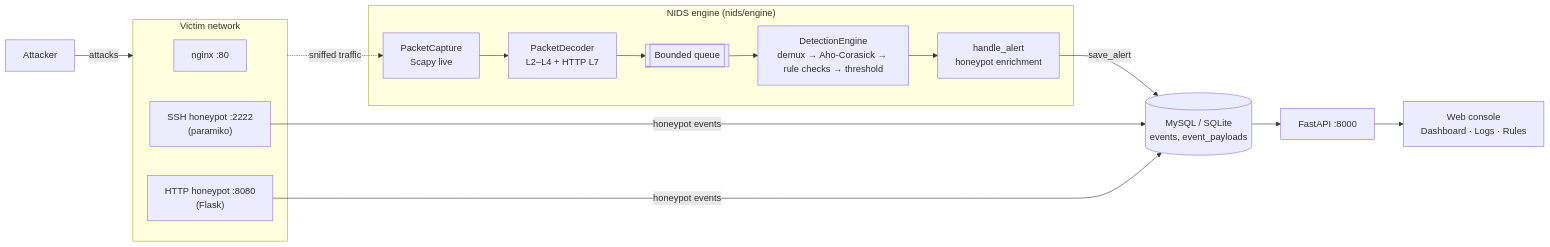
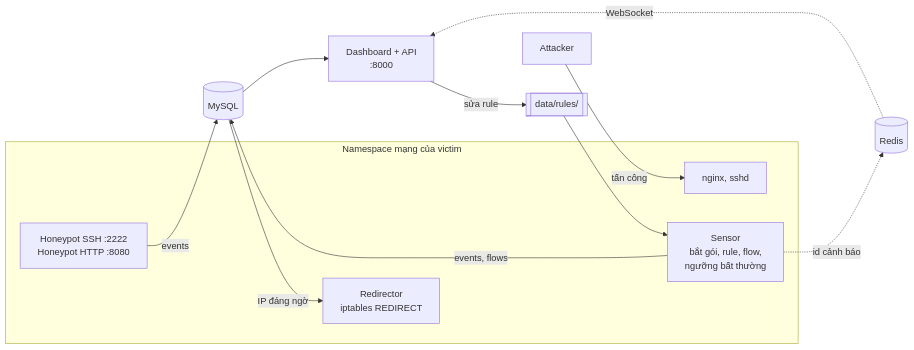
One commit to 74Teams/hybrid-nids changed the diagram in README.md. Above: the diagram before and after it, drawn with Mermaid. The commit also changed other lines of this file and 29 other files, not shown here.

````diff
--- a/README.md
+++ b/README.md
@@ -47,24 +30,20 @@
 ```mermaid
 flowchart LR
-    attacker["Attacker"] -->|attacks| victim
+    attacker["Attacker"] -->|tấn công| victim
 
-    subgraph victim["Victim network"]
-        nginx["nginx :80"]
-        hpssh["SSH honeypot :2222<br/>(paramiko)"]
-        hphttp["HTTP honeypot :8080<br/>(Flask)"]
+    subgraph ns["Namespace mạng của victim"]
+        victim["nginx, sshd"]
+        hp["Honeypot SSH :2222<br/>Honeypot HTTP :8080"]
+        sensor["Sensor<br/>bắt gói, rule, flow,<br/>ngưỡng bất thường"]
+        redir["Redirector<br/>iptables REDIRECT"]
     end
 
-    subgraph engine["NIDS engine (nids/engine)"]
-        cap["PacketCapture<br/>Scapy live"] --> dec["PacketDecoder<br/>L2–L4 + HTTP L7"]
-        dec --> q[["Bounded queue"]]
-        q --> det["DetectionEngine<br/>demux → Aho-Corasick → rule checks → threshold"]
-        det --> enrich["handle_alert<br/>honeypot enrichment"]
-    end
-
-    victim -. "sniffed traffic" .-> cap
-    enrich -->|save_alert| db[("MySQL / SQLite<br/>events, event_payloads")]
-    hpssh -->|honeypot events| db
-    hphttp -->|honeypot events| db
-    db --> api["FastAPI :8000"]
-    api --> ui["Web console<br/>Dashboard · Logs · Rules"]
+    sensor -->|events, flows| db[("MySQL")]
+    hp -->|events| db
+    db -->|IP đáng ngờ| redir
+    db --> dash["Dashboard + API<br/>:8000"]
+    sensor -. id cảnh báo .-> redis[("Redis")]
+    redis -. WebSocket .-> dash
+    rules[["data/rules/"]] --> sensor
+    dash -->|sửa rule| rules
 ```
````
